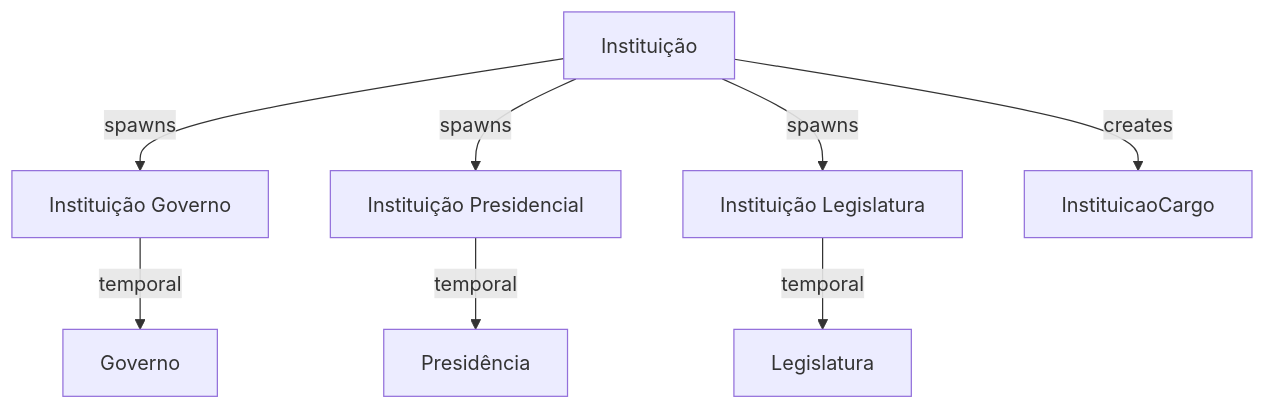
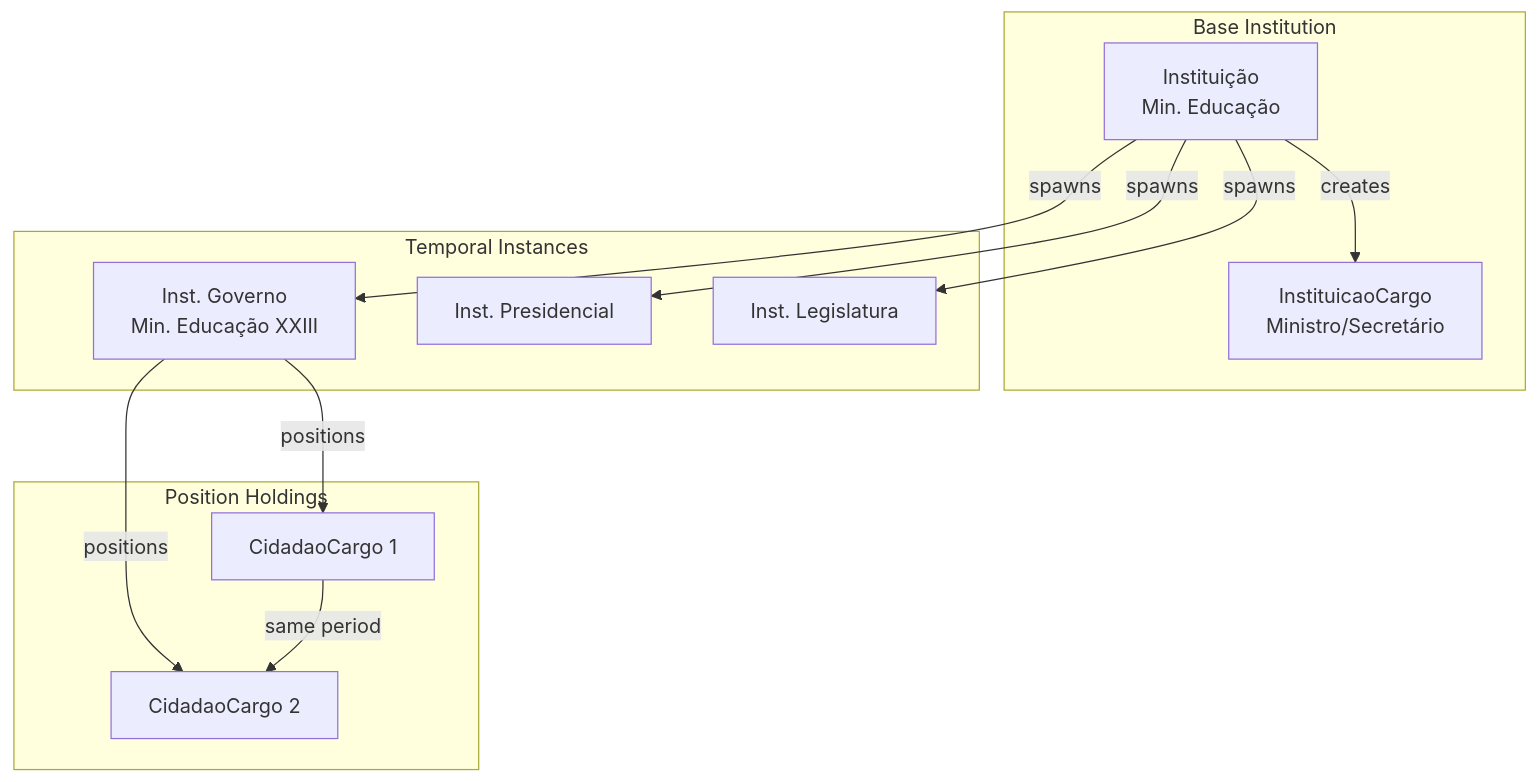
The first of 3 diagrams in vault/BeWhyOrg/InServer/Backend/Database/Entity-Instituicao.md (CarlosLiberJesus/obsidian-vault), drawn with Mermaid before and after one commit. The commit also changed other lines of this file and 11 other files, not shown here.

````diff
--- a/vault/BeWhyOrg/InServer/Backend/Database/Entity-Instituicao.md
+++ b/vault/BeWhyOrg/InServer/Backend/Database/Entity-Instituicao.md
@@ -9,10 +9,18 @@
 ```mermaid
 graph TD
-    I[Instituição] --> |spawns| IG[Instituição Governo]
-    I --> |spawns| IP[Instituição Presidencial]
-    I --> |spawns| IL[Instituição Legislatura]
-    I --> |creates| IC[InstituicaoCargo]
-    IG --> |temporal| G[Governo]
-    IP --> |temporal| P[Presidência]
-    IL --> |temporal| L[Legislatura]
+    subgraph "Base Institution"
+        I[Instituição<br>Min. Educação] --> |creates| IC[InstituicaoCargo<br>Ministro/Secretário]
+    end
+    
+    subgraph "Temporal Instances"
+        I --> |spawns| IG[Inst. Governo<br>Min. Educação XXIII]
+        I --> |spawns| IP[Inst. Presidencial]
+        I --> |spawns| IL[Inst. Legislatura]
+    end
+    
+    subgraph "Position Holdings"
+        IG --> |positions| CC1[CidadaoCargo 1]
+        IG --> |positions| CC2[CidadaoCargo 2]
+        CC1 --> |same period| CC2
+    end
 ```
````
